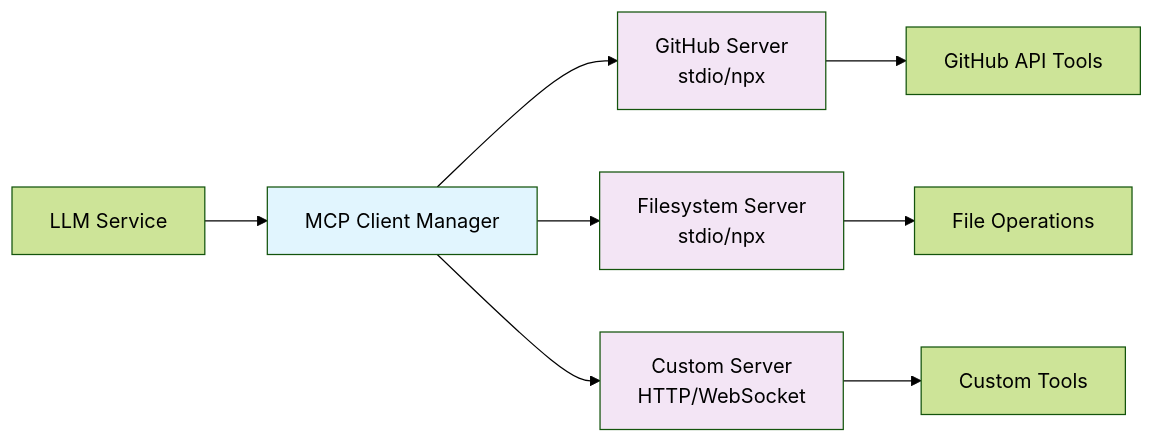
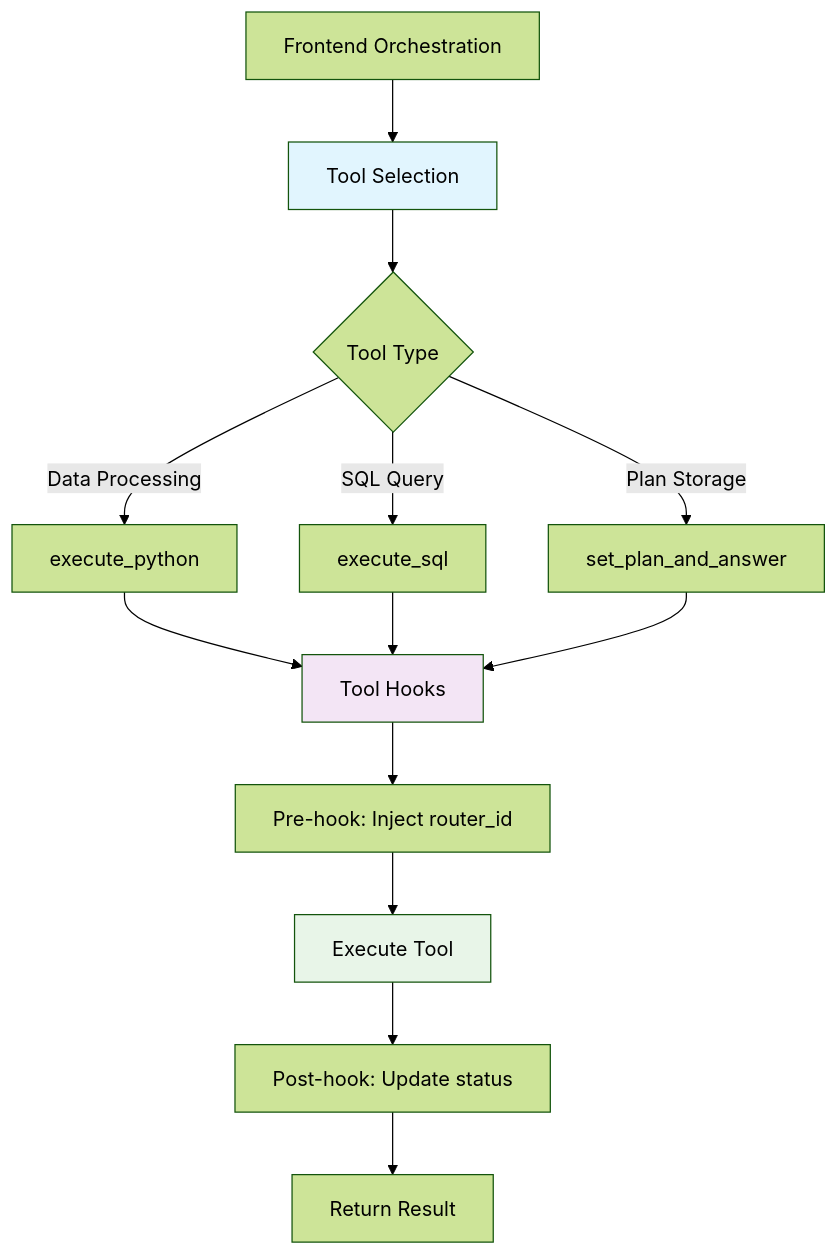
Before and after one commit to bryan-zxc/agent: the third of 4 diagrams in ARCHITECTURE.md, drawn with Mermaid (forest theme). The commit also changed other lines of this file and 4 other files, not shown here.

First line of the commit message:
docs: Update all documentation for new frontend-orchestrated architecture

````diff
--- a/ARCHITECTURE.md
+++ b/ARCHITECTURE.md
@@ -373,16 +138,21 @@
 ```mermaid
-graph LR
-    A[LLM Service] --> B[MCP Client Manager]
-    B --> C[GitHub Server<br/>stdio/npx]
-    B --> D[Filesystem Server<br/>stdio/npx]  
-    B --> E[Custom Server<br/>HTTP/WebSocket]
-    
-    C --> F[GitHub API Tools]
-    D --> G[File Operations]
-    E --> H[Custom Tools]
-    
+graph TD
+    A[Frontend Orchestration] --> B[Tool Selection]
+    B --> C{Tool Type}
+    C -->|Data Processing| D[execute_python]
+    C -->|SQL Query| E[execute_sql]
+    C -->|Plan Storage| F[set_plan_and_answer]
+
+    D --> G[Tool Hooks]
+    E --> G
+    F --> G
+
+    G --> H[Pre-hook: Inject router_id]
+    H --> I[Execute Tool]
+    I --> J[Post-hook: Update status]
+    J --> K[Return Result]
+
     style B fill:#e1f5fe
-    style C fill:#f3e5f5
-    style D fill:#f3e5f5
-    style E fill:#f3e5f5
+    style G fill:#f3e5f5
+    style I fill:#e8f5e8
 ```
````
